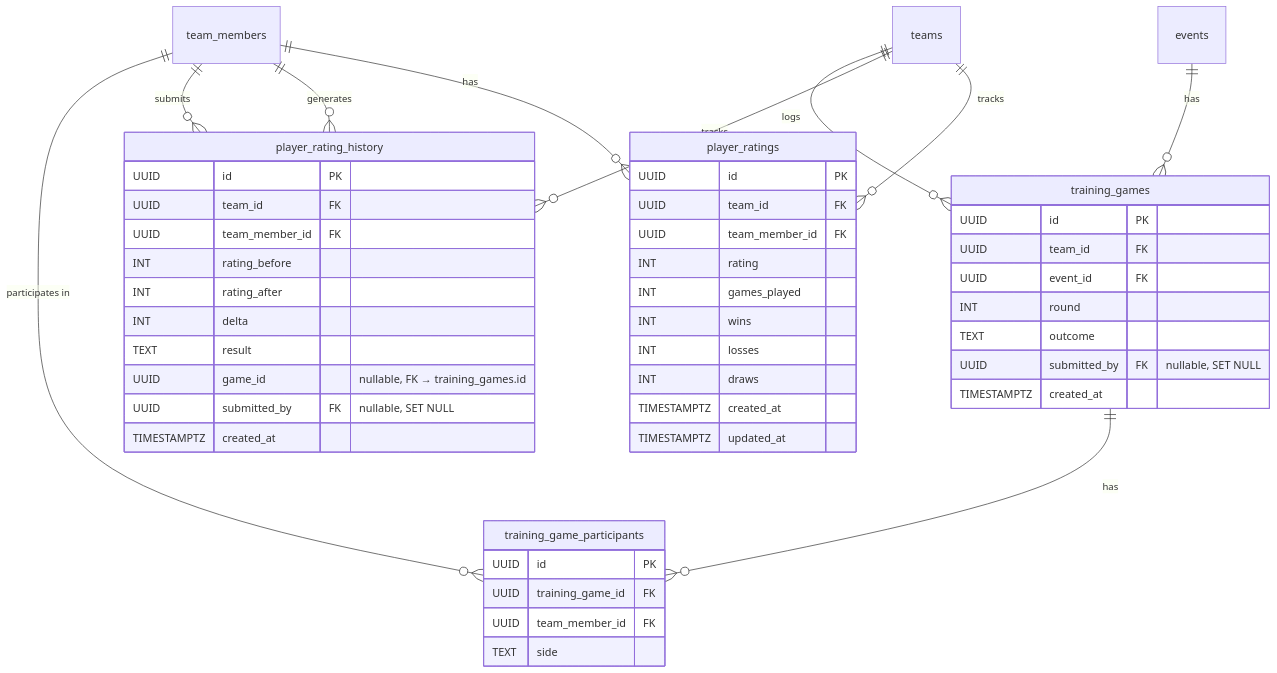
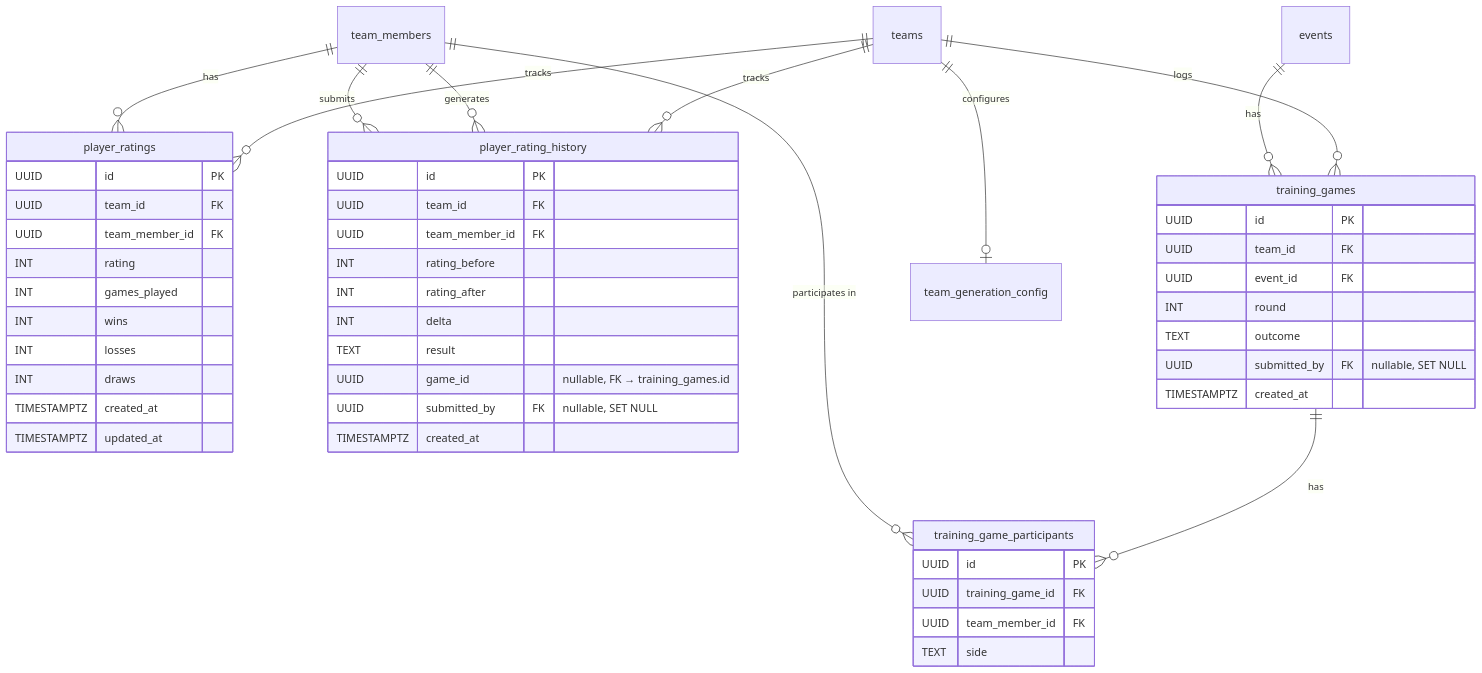
Before and after one commit to maxa-ondrej/sideline: diagram 20 of 21 in docs/thesis/er-diagram.md, drawn with Mermaid. The commit also changed other lines of this file and 49 other files, not shown here.

````diff
--- a/docs/thesis/er-diagram.md
+++ b/docs/thesis/er-diagram.md
@@ -1241,56 +1243,58 @@
 ```mermaid
 erDiagram
     player_ratings {
         UUID id PK
         UUID team_id FK
         UUID team_member_id FK
         INT rating
         INT games_played
         INT wins
         INT losses
         INT draws
         TIMESTAMPTZ created_at
         TIMESTAMPTZ updated_at
     }
 
     player_rating_history {
         UUID id PK
         UUID team_id FK
         UUID team_member_id FK
         INT rating_before
         INT rating_after
         INT delta
         TEXT result
         UUID game_id "nullable, FK → training_games.id"
         UUID submitted_by FK "nullable, SET NULL"
         TIMESTAMPTZ created_at
     }
 
     training_games {
         UUID id PK
         UUID team_id FK
         UUID event_id FK
         INT round
         TEXT outcome
         UUID submitted_by FK "nullable, SET NULL"
         TIMESTAMPTZ created_at
     }
 
     training_game_participants {
         UUID id PK
         UUID training_game_id FK
         UUID team_member_id FK
         TEXT side
     }
 
     teams ||--o{ player_ratings : "tracks"
     teams ||--o{ player_rating_history : "tracks"
     team_members ||--o{ player_ratings : "has"
     team_members ||--o{ player_rating_history : "generates"
     team_members ||--o{ player_rating_history : "submits"
 
     teams ||--o{ training_games : "logs"
     events ||--o{ training_games : "has"
     training_games ||--o{ training_game_participants : "has"
     team_members ||--o{ training_game_participants : "participates in"
+
+    teams ||--o| team_generation_config : "configures"
 ```
````
